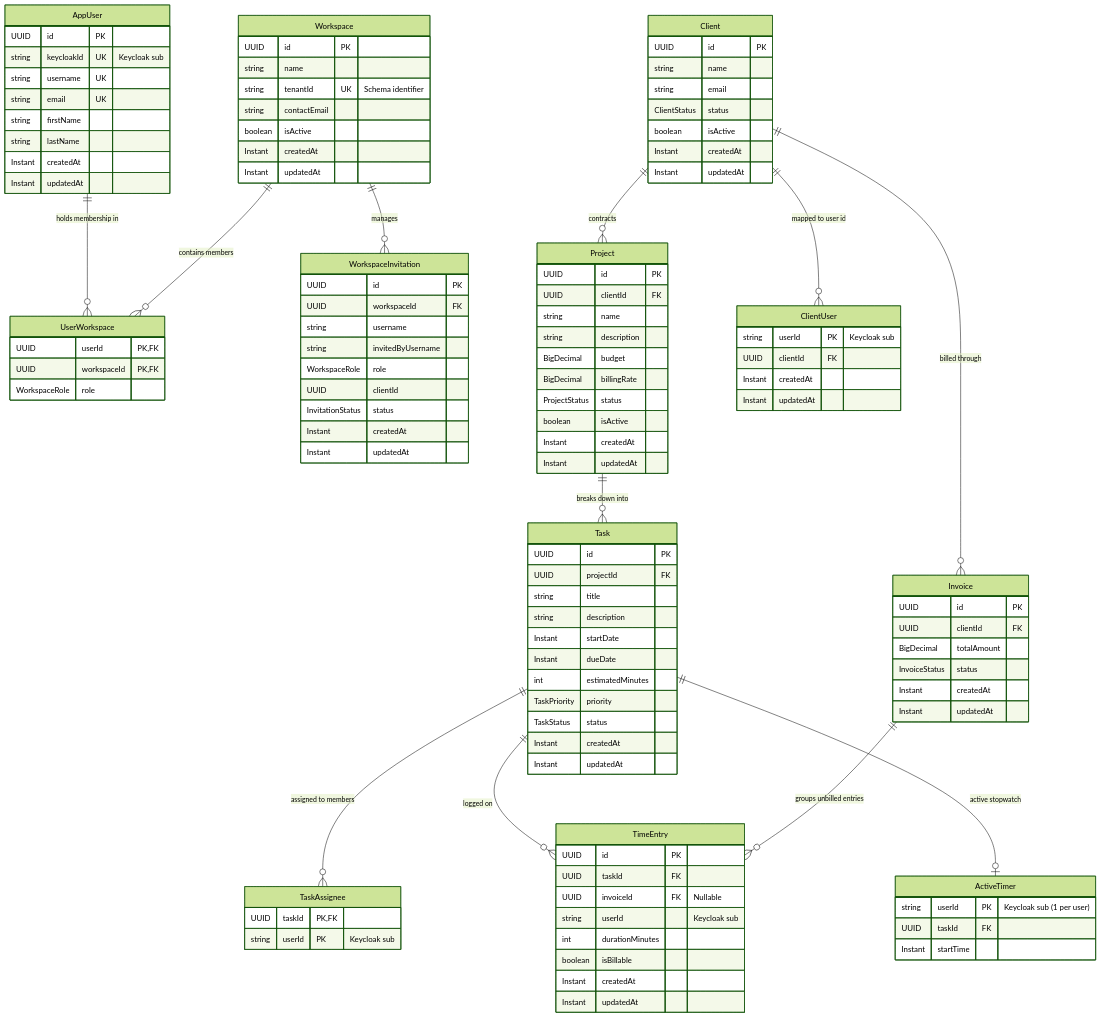
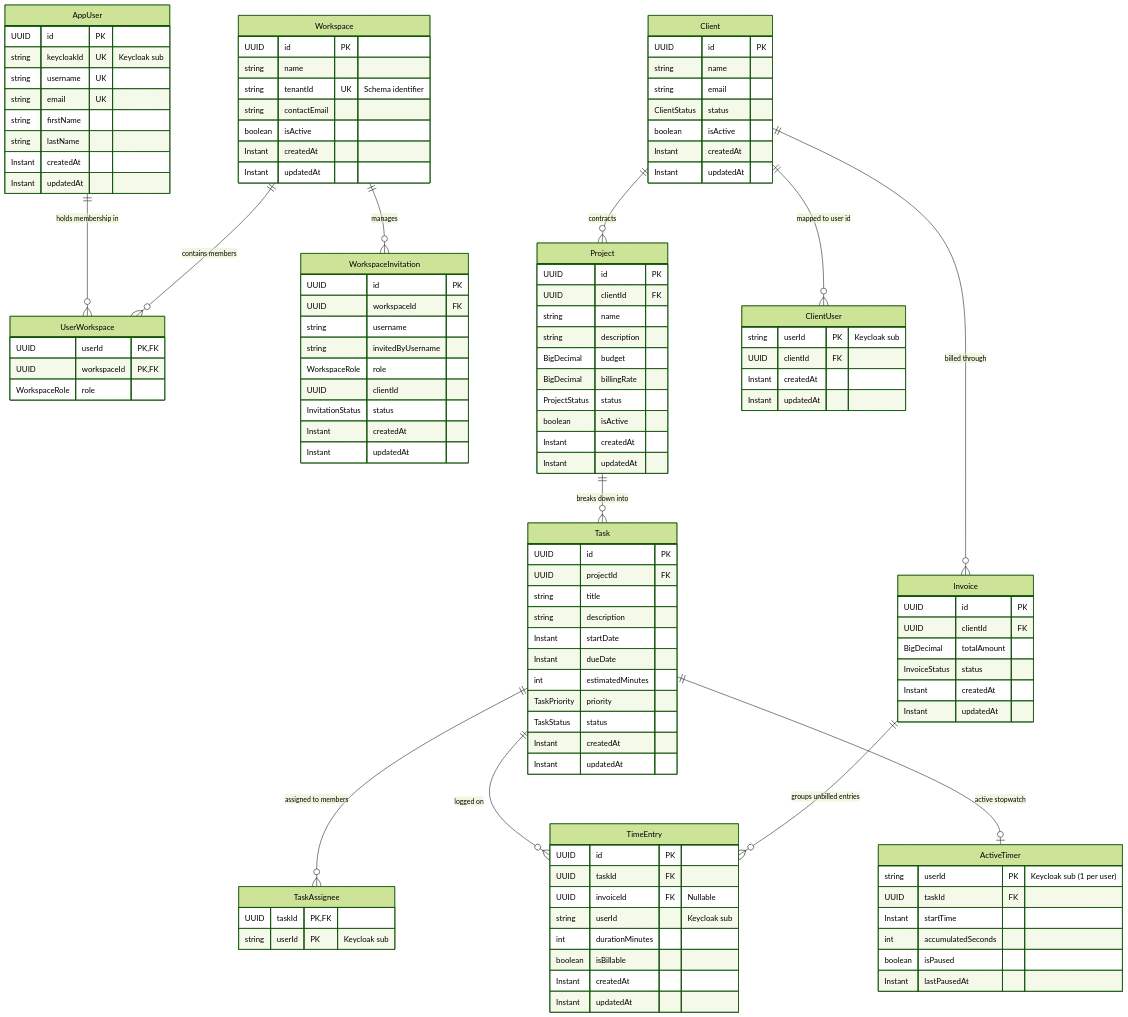
The second of 3 diagrams in README.md (Eyad-Sharkawy/agency-os-back-end), drawn with Mermaid (forest theme) before and after one commit. The commit also changed other lines of this file and 7 other files, not shown here.

Commit message:
docs(back-end): synchronize OpenAPI specs, complete Postman collection, and update API architecture docs

```diff
--- a/README.md
+++ b/README.md
@@ -247,6 +251,9 @@
         string userId PK "Keycloak sub (1 per user)"
         UUID taskId FK
         Instant startTime
+        int accumulatedSeconds
+        boolean isPaused
+        Instant lastPausedAt
     }
 
     Invoice {
```
